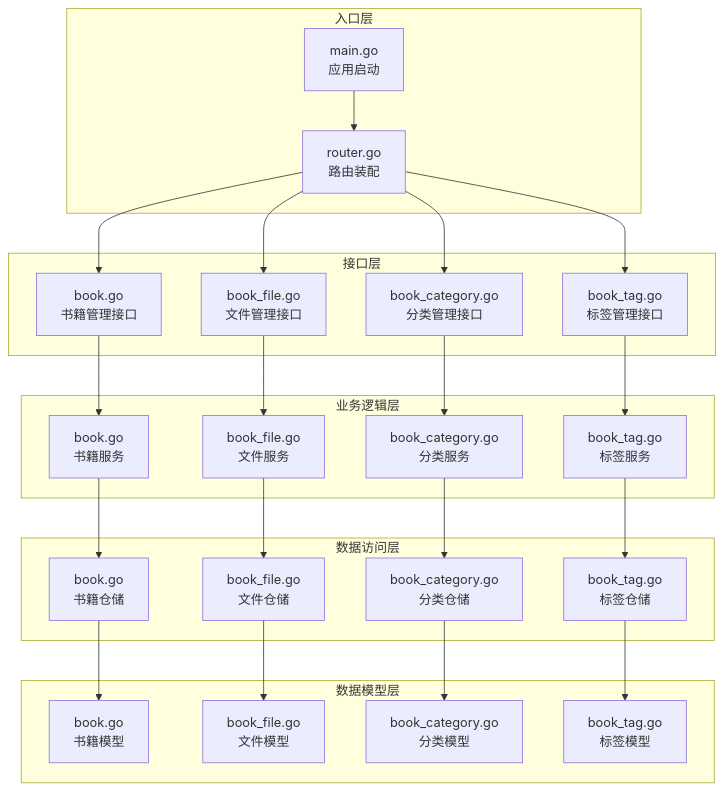
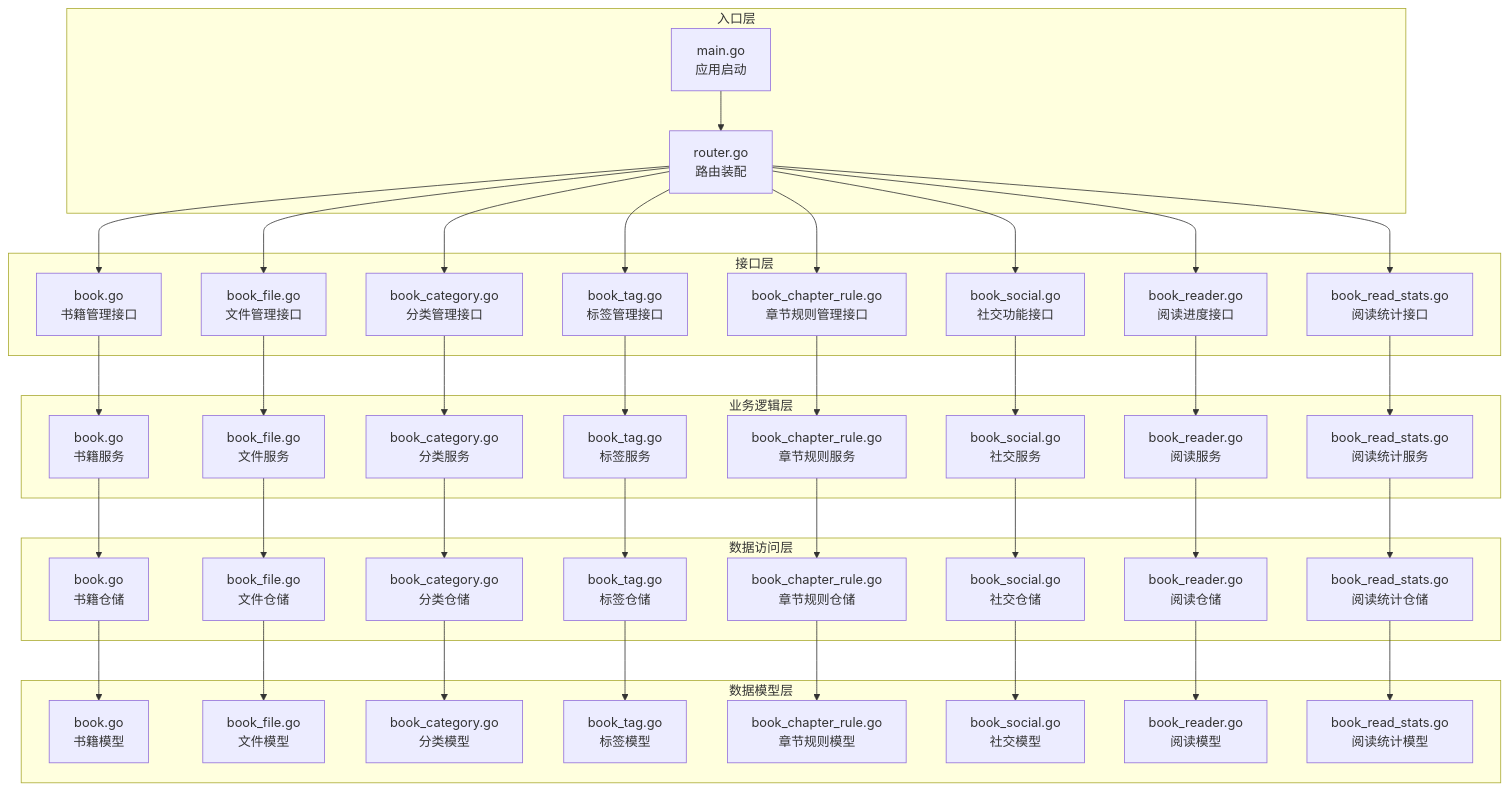
One commit to knifezred/boread changed the first of 12 diagrams in .qoder/repowiki/zh/content/API接口文档/电子书管理API/电子书管理API.md. Above: the diagram before and after it, drawn with Mermaid. The commit also changed other lines of this file and 16 other files, not shown here.

````diff
--- a/.qoder/repowiki/zh/content/API接口文档/电子书管理API/电子书管理API.md
+++ b/.qoder/repowiki/zh/content/API接口文档/电子书管理API/电子书管理API.md
@@ -46,48 +64,80 @@
 ```mermaid
 graph TB
 subgraph "入口层"
 MAIN[main.go<br/>应用启动]
 ROUTER[router.go<br/>路由装配]
 end
 subgraph "接口层"
 BOOK_HANDLER[book.go<br/>书籍管理接口]
 FILE_HANDLER[book_file.go<br/>文件管理接口]
 CATEGORY_HANDLER[book_category.go<br/>分类管理接口]
 TAG_HANDLER[book_tag.go<br/>标签管理接口]
+CHAPTER_RULE_HANDLER[book_chapter_rule.go<br/>章节规则管理接口]
+SOCIAL_HANDLER[book_social.go<br/>社交功能接口]
+READER_HANDLER[book_reader.go<br/>阅读进度接口]
+READ_STATS_HANDLER[book_read_stats.go<br/>阅读统计接口]
 end
 subgraph "业务逻辑层"
 BOOK_SERVICE[book.go<br/>书籍服务]
 FILE_SERVICE[book_file.go<br/>文件服务]
 CATEGORY_SERVICE[book_category.go<br/>分类服务]
 TAG_SERVICE[book_tag.go<br/>标签服务]
+CHAPTER_RULE_SERVICE[book_chapter_rule.go<br/>章节规则服务]
+SOCIAL_SERVICE[book_social.go<br/>社交服务]
+READER_SERVICE[book_reader.go<br/>阅读服务]
+READ_STATS_SERVICE[book_read_stats.go<br/>阅读统计服务]
 end
 subgraph "数据访问层"
 BOOK_REPO[book.go<br/>书籍仓储]
 FILE_REPO[book_file.go<br/>文件仓储]
 CATEGORY_REPO[book_category.go<br/>分类仓储]
 TAG_REPO[book_tag.go<br/>标签仓储]
+CHAPTER_RULE_REPO[book_chapter_rule.go<br/>章节规则仓储]
+SOCIAL_REPO[book_social.go<br/>社交仓储]
+READER_REPO[book_reader.go<br/>阅读仓储]
+READ_STATS_REPO[book_read_stats.go<br/>阅读统计仓储]
 end
 subgraph "数据模型层"
 MODEL_BOOK[book.go<br/>书籍模型]
 MODEL_FILE[book_file.go<br/>文件模型]
 MODEL_CATEGORY[book_category.go<br/>分类模型]
 MODEL_TAG[book_tag.go<br/>标签模型]
+MODEL_CHAPTER_RULE[book_chapter_rule.go<br/>章节规则模型]
+MODEL_SOCIAL[book_social.go<br/>社交模型]
+MODEL_READER[book_reader.go<br/>阅读模型]
+MODEL_READ_STATS[book_read_stats.go<br/>阅读统计模型]
 end
 MAIN --> ROUTER
 ROUTER --> BOOK_HANDLER
 ROUTER --> FILE_HANDLER
 ROUTER --> CATEGORY_HANDLER
 ROUTER --> TAG_HANDLER
+ROUTER --> CHAPTER_RULE_HANDLER
+ROUTER --> SOCIAL_HANDLER
+ROUTER --> READER_HANDLER
+ROUTER --> READ_STATS_HANDLER
 BOOK_HANDLER --> BOOK_SERVICE
 FILE_HANDLER --> FILE_SERVICE
 CATEGORY_HANDLER --> CATEGORY_SERVICE
 TAG_HANDLER --> TAG_SERVICE
+CHAPTER_RULE_HANDLER --> CHAPTER_RULE_SERVICE
+SOCIAL_HANDLER --> SOCIAL_SERVICE
+READER_HANDLER --> READER_SERVICE
+READ_STATS_HANDLER --> READ_STATS_SERVICE
 BOOK_SERVICE --> BOOK_REPO
 FILE_SERVICE --> FILE_REPO
 CATEGORY_SERVICE --> CATEGORY_REPO
 TAG_SERVICE --> TAG_REPO
+CHAPTER_RULE_SERVICE --> CHAPTER_RULE_REPO
+SOCIAL_SERVICE --> SOCIAL_REPO
+READER_SERVICE --> READER_REPO
+READ_STATS_SERVICE --> READ_STATS_REPO
 BOOK_REPO --> MODEL_BOOK
 FILE_REPO --> MODEL_FILE
 CATEGORY_REPO --> MODEL_CATEGORY
 TAG_REPO --> MODEL_TAG
+CHAPTER_RULE_REPO --> MODEL_CHAPTER_RULE
+SOCIAL_REPO --> MODEL_SOCIAL
+READER_REPO --> MODEL_READER
+READ_STATS_REPO --> MODEL_READ_STATS
 ```
````
